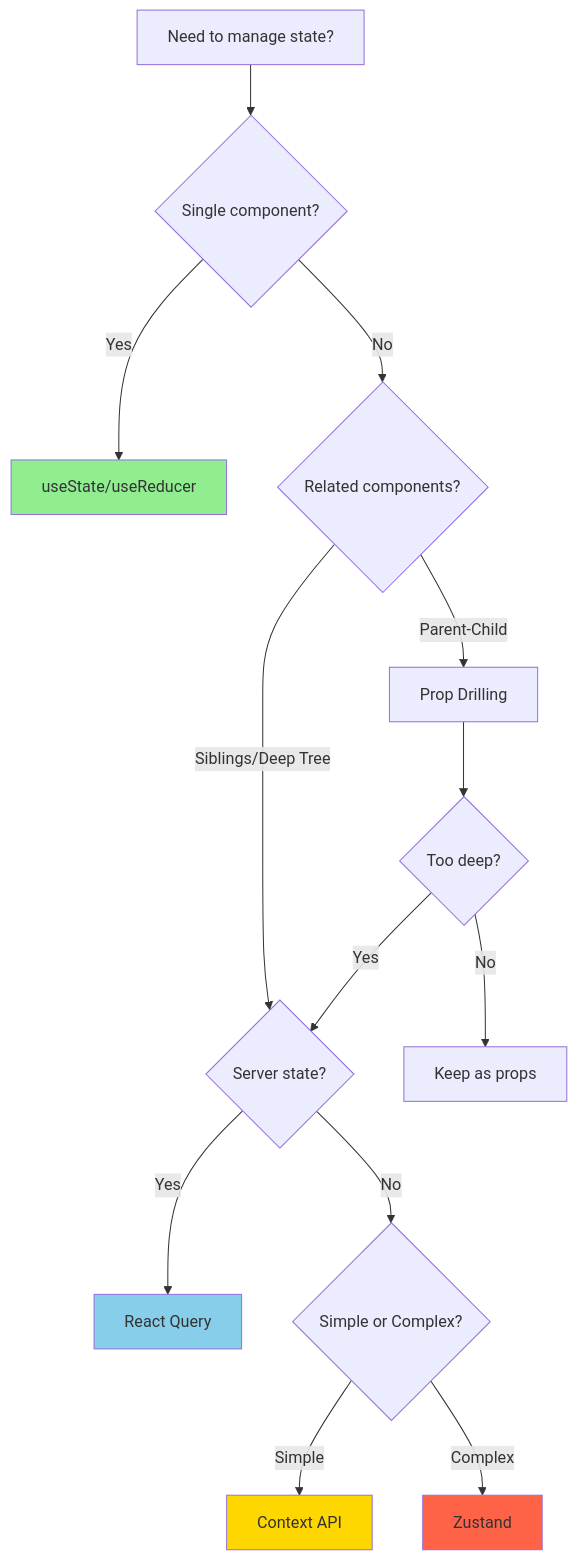
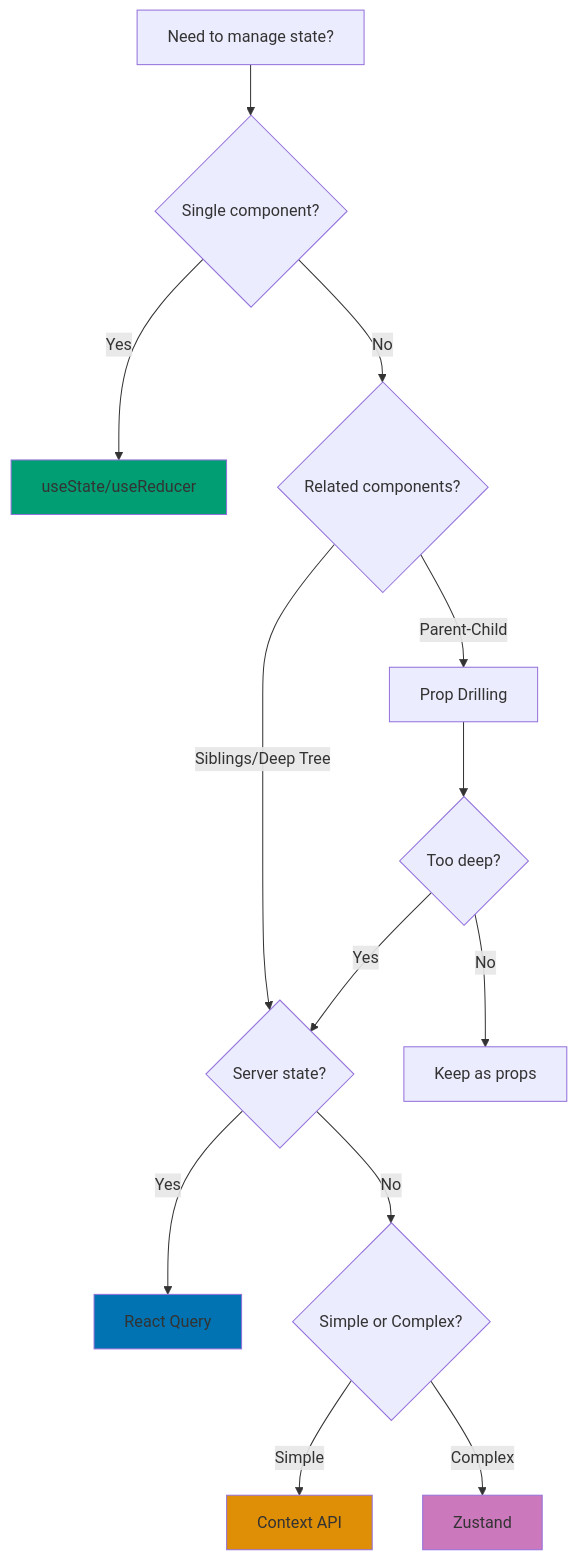
Before and after one commit to wahidyankf/open-sharia-enterprise: the second of 2 diagrams in docs/explanation/software/platform-web/ts-react/ex-so-plwe-tsre__state-management.md, drawn with Mermaid. The commit also changed other lines of this file and 18 other files, not shown here.

````diff
--- a/docs/explanation/software/platform-web/ts-react/ex-so-plwe-tsre__state-management.md
+++ b/docs/explanation/software/platform-web/ts-react/ex-so-plwe-tsre__state-management.md
@@ -1113,24 +1153,27 @@
 ```mermaid
+%% Color Palette: Blue #0173B2, Orange #DE8F05, Teal #029E73, Purple #CC78BC
+%% All colors are color-blind friendly and meet WCAG AA contrast standards
+
 graph TD
     A[Need to manage state?] --> B{Single component?}
     B -->|Yes| C[useState/useReducer]
     B -->|No| D{Related components?}
 
     D -->|Parent-Child| E[Prop Drilling]
     D -->|Siblings/Deep Tree| F{Server state?}
 
     F -->|Yes| G[React Query]
     F -->|No| H{Simple or Complex?}
 
     H -->|Simple| I[Context API]
     H -->|Complex| J[Zustand]
 
     E --> K{Too deep?}
     K -->|Yes| F
     K -->|No| L[Keep as props]
 
-    style C fill:#90EE90
-    style G fill:#87CEEB
-    style I fill:#FFD700
-    style J fill:#FF6347
+    style C fill:#029E73
+    style G fill:#0173B2
+    style I fill:#DE8F05
+    style J fill:#CC78BC
 ```
````
